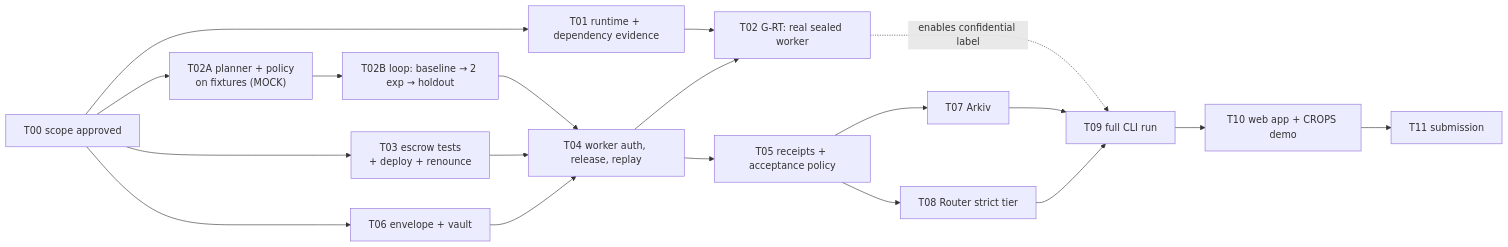
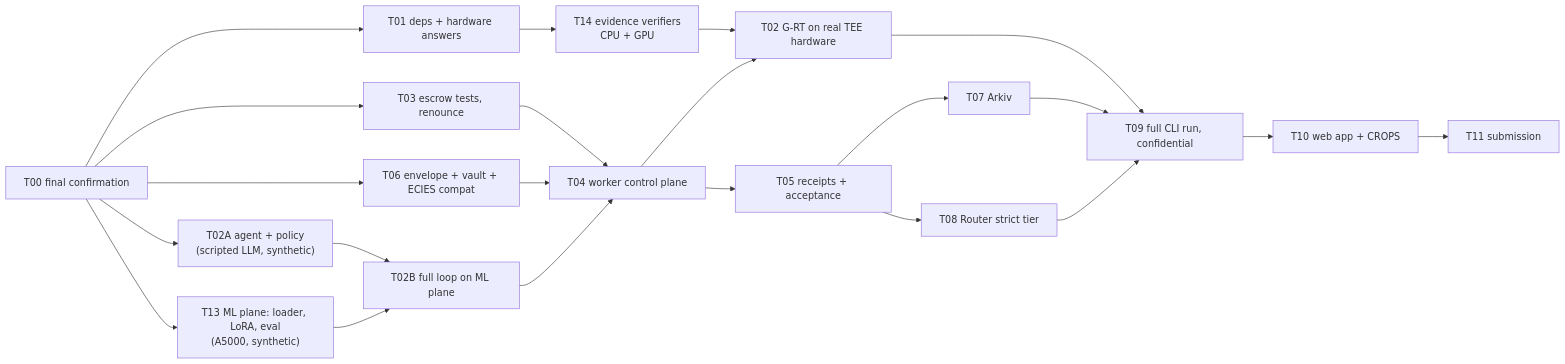
Diagram 16 of 16 in docs/ARCHITECTURE.md (Soni-Shivam/Pivot_HTE), drawn with Mermaid before and after one commit. The commit also changed other lines of this file and 7 other files, not shown here.

First line of the commit message:
Plan rev 3: real model trained in the enclave, no mock mode

````diff
--- a/docs/ARCHITECTURE.md
+++ b/docs/ARCHITECTURE.md
@@ -435,20 +431,22 @@
 ```mermaid
 flowchart LR
-    T00["T00 scope approved"] --> T01["T01 runtime + dependency evidence"]
-    T00 --> T02A["T02A planner + policy<br/>on fixtures (MOCK)"]
-    T00 --> T03["T03 escrow tests<br/>+ deploy + renounce"]
-    T00 --> T06["T06 envelope + vault"]
-    T01 --> T02["T02 G-RT: real sealed worker"]
-    T04 --> T02
-    T02A --> T02B["T02B loop: baseline → 2 exp → holdout"]
-    T03 --> T04["T04 worker auth, release, replay"]
+    T00["T00 final confirmation"] --> T01["T01 deps + hardware answers"]
+    T00 --> T02A["T02A agent + policy<br/>(scripted LLM, synthetic)"]
+    T00 --> T03["T03 escrow tests, renounce"]
+    T00 --> T06["T06 envelope + vault + ECIES compat"]
+    T00 --> T13["T13 ML plane: loader, LoRA, eval<br/>(A5000, synthetic)"]
+    T02A --> T02B["T02B full loop on ML plane"]
+    T13 --> T02B
+    T01 --> T14["T14 evidence verifiers<br/>CPU + GPU"]
+    T03 --> T04["T04 worker control plane"]
     T06 --> T04
     T02B --> T04
-    T04 --> T05["T05 receipts + acceptance policy"]
+    T14 --> T02["T02 G-RT on real TEE hardware"]
+    T04 --> T02
+    T04 --> T05["T05 receipts + acceptance"]
     T05 --> T07["T07 Arkiv"]
     T05 --> T08["T08 Router strict tier"]
-    T07 & T08 --> T09["T09 full CLI run"]
-    T09 --> T10["T10 web app + CROPS demo"]
+    T02 & T07 & T08 --> T09["T09 full CLI run, confidential"]
+    T09 --> T10["T10 web app + CROPS"]
     T10 --> T11["T11 submission"]
-    T02 -. "enables confidential label" .-> T09
 ```
````
